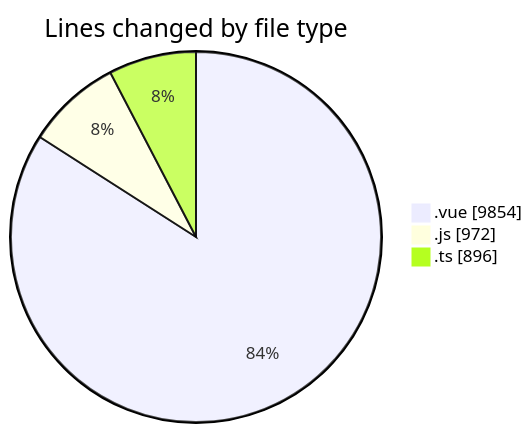
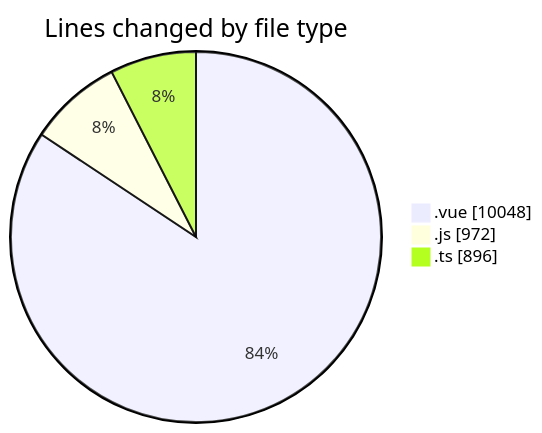
Before and after one commit to lephambinh05/code-tracking: the first of 2 diagrams in 2025-08-13/rentotp/README.md, drawn with Mermaid. The commit also changed other lines of this file and 1 other file, not shown here.

````diff
--- a/2025-08-13/rentotp/README.md
+++ b/2025-08-13/rentotp/README.md
@@ -40,7 +40,7 @@
 ```mermaid
 pie showData
 title Lines changed by file type
-".vue" : 9854
+".vue" : 10048
 ".js" : 972
 ".ts" : 896
 ```
````
